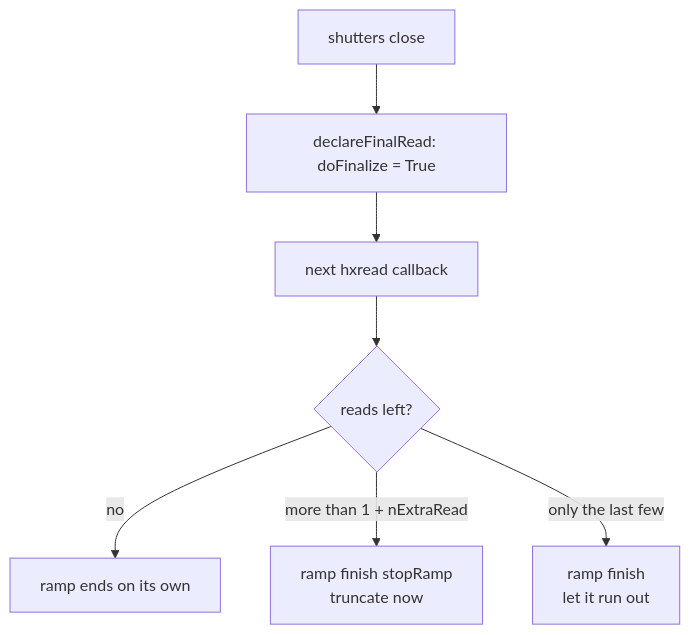
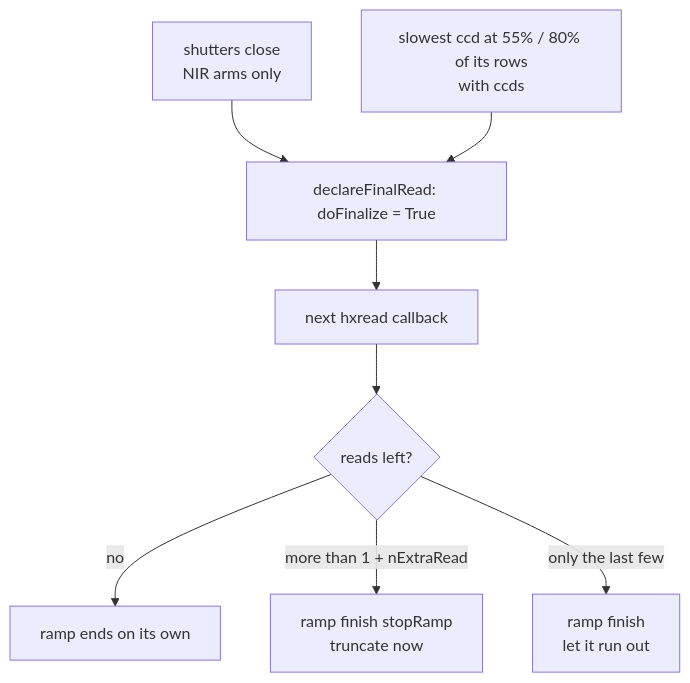
One commit to Subaru-PFS/ics_spsActor changed the third of 7 diagrams in docs/exposureWorkflow.md. Above: the diagram before and after it, drawn with Mermaid. The commit also changed other lines of this file and 9 other files, not shown here.

````diff
--- a/docs/exposureWorkflow.md
+++ b/docs/exposureWorkflow.md
@@ -166,9 +182,10 @@
 ```mermaid
 flowchart TD
-    Close["shutters close"] --> Flag["declareFinalRead: doFinalize = True"]
+    Close["shutters close<br/>NIR arms only"] --> Flag["declareFinalRead: doFinalize = True"]
+    Rows["slowest ccd at 55% / 80% of its rows<br/>with ccds"] --> Flag
     Flag --> Next["next hxread callback"]
     Next --> Left{"reads left?"}
     Left -->|"no"| Natural["ramp ends on its own"]
     Left -->|"more than 1 + nExtraRead"| Stop["ramp finish stopRamp<br/>truncate now"]
     Left -->|"only the last few"| Finish["ramp finish<br/>let it run out"]
 ```
````
